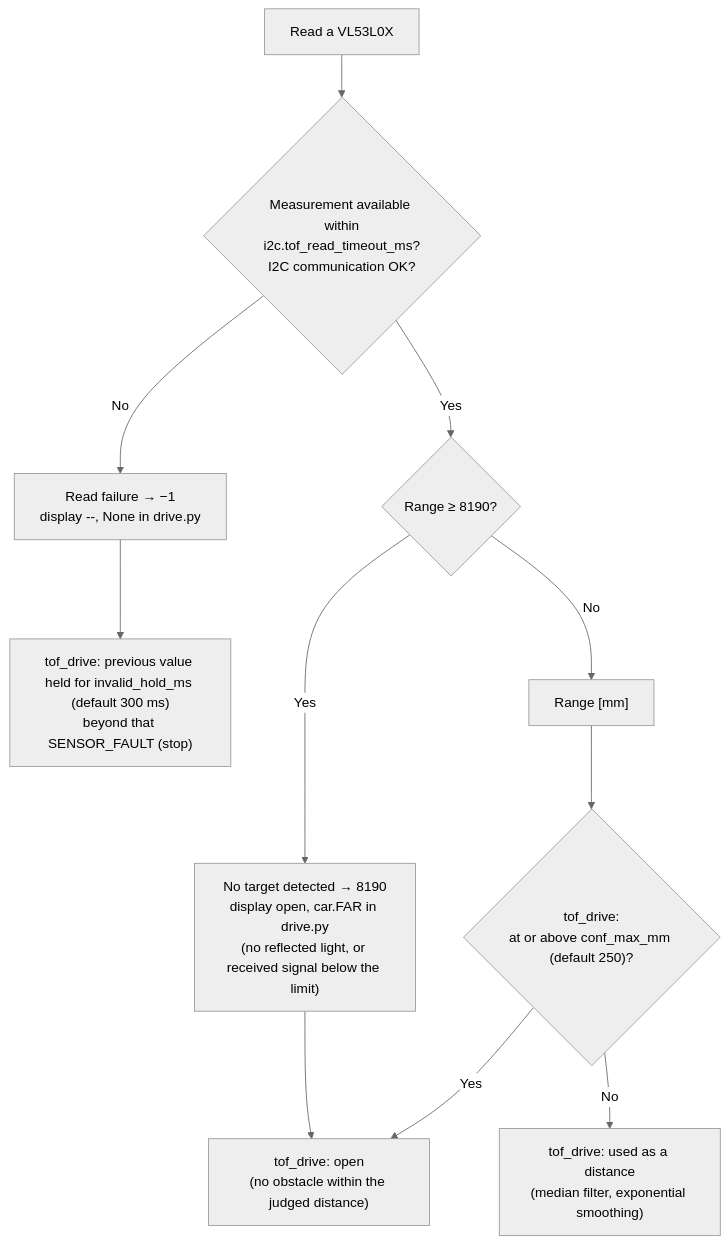
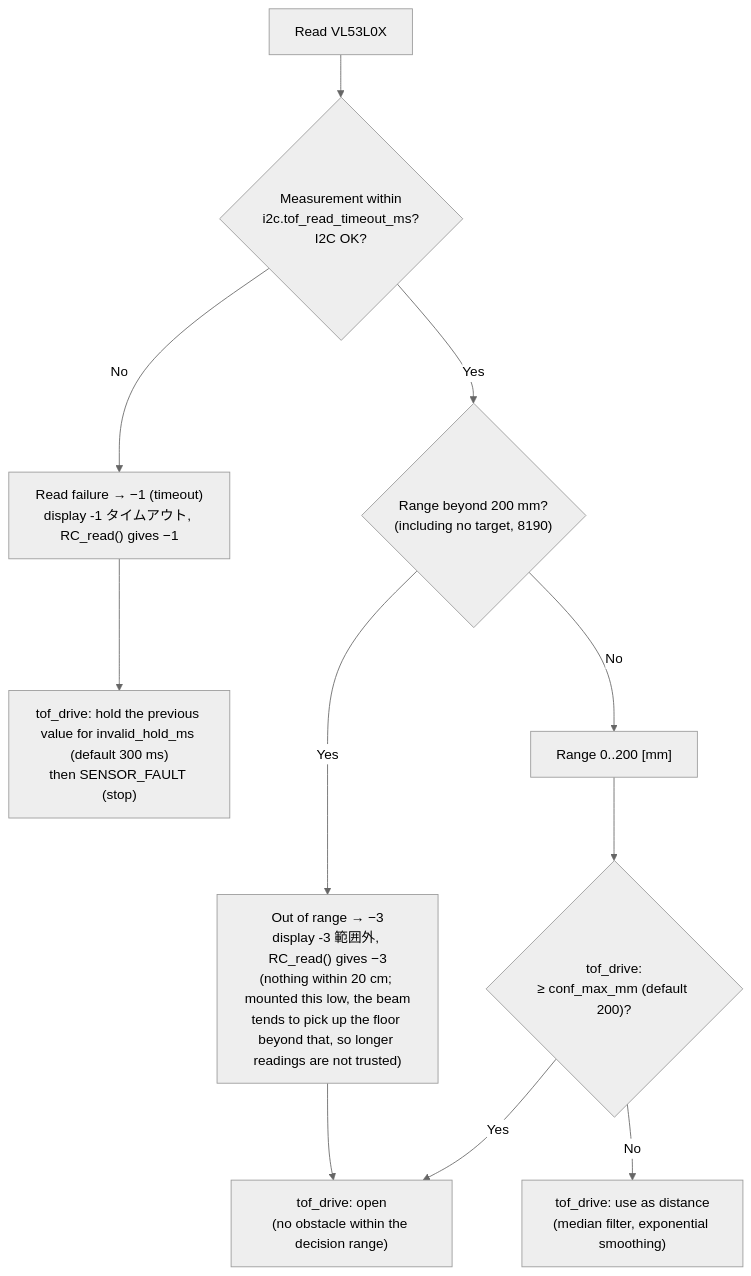
One commit to RumiCar-group/RumiCar-Zero2Cam changed the diagram in docs/figures/en/03-tof-reading.mmd. Above: the diagram before and after it, drawn with Mermaid (neutral theme). The commit also changed 64 other files, not shown here.

```diff
--- a/docs/figures/en/03-tof-reading.mmd
+++ b/docs/figures/en/03-tof-reading.mmd
@@ -1,11 +1,11 @@
 flowchart TD
-    R["Read a VL53L0X"] --> Q{"Measurement available within<br/>i2c.tof_read_timeout_ms?<br/>I2C communication OK?"}
-    Q -->|"No"| F["Read failure → −1<br/>display --, None in drive.py"]
-    Q -->|"Yes"| V{"Range ≥ 8190?"}
-    V -->|"Yes"| O["No target detected → 8190<br/>display open, car.FAR in drive.py<br/>(no reflected light, or received signal below the limit)"]
-    V -->|"No"| D["Range [mm]"]
-    D --> T{"tof_drive:<br/>at or above conf_max_mm (default 250)?"}
-    T -->|"Yes"| OPEN["tof_drive: open<br/>(no obstacle within the judged distance)"]
+    R["Read VL53L0X"] --> Q{"Measurement within<br/>i2c.tof_read_timeout_ms?<br/>I2C OK?"}
+    Q -->|"No"| F["Read failure → −1 (timeout)<br/>display -1 タイムアウト, RC_read() gives −1"]
+    Q -->|"Yes"| V{"Range beyond 200 mm?<br/>(including no target, 8190)"}
+    V -->|"Yes"| O["Out of range → −3<br/>display -3 範囲外, RC_read() gives −3<br/>(nothing within 20 cm; mounted this low, the beam<br/>tends to pick up the floor beyond that, so longer readings are not trusted)"]
+    V -->|"No"| D["Range 0..200 [mm]"]
+    D --> T{"tof_drive:<br/>≥ conf_max_mm (default 200)?"}
+    T -->|"Yes"| OPEN["tof_drive: open<br/>(no obstacle within the decision range)"]
     O --> OPEN
-    T -->|"No"| USE["tof_drive: used as a distance<br/>(median filter, exponential smoothing)"]
-    F --> HOLD["tof_drive: previous value held for invalid_hold_ms (default 300 ms)<br/>beyond that SENSOR_FAULT (stop)"]
+    T -->|"No"| USE["tof_drive: use as distance<br/>(median filter, exponential smoothing)"]
+    F --> HOLD["tof_drive: hold the previous value for invalid_hold_ms (default 300 ms)<br/>then SENSOR_FAULT (stop)"]
```
